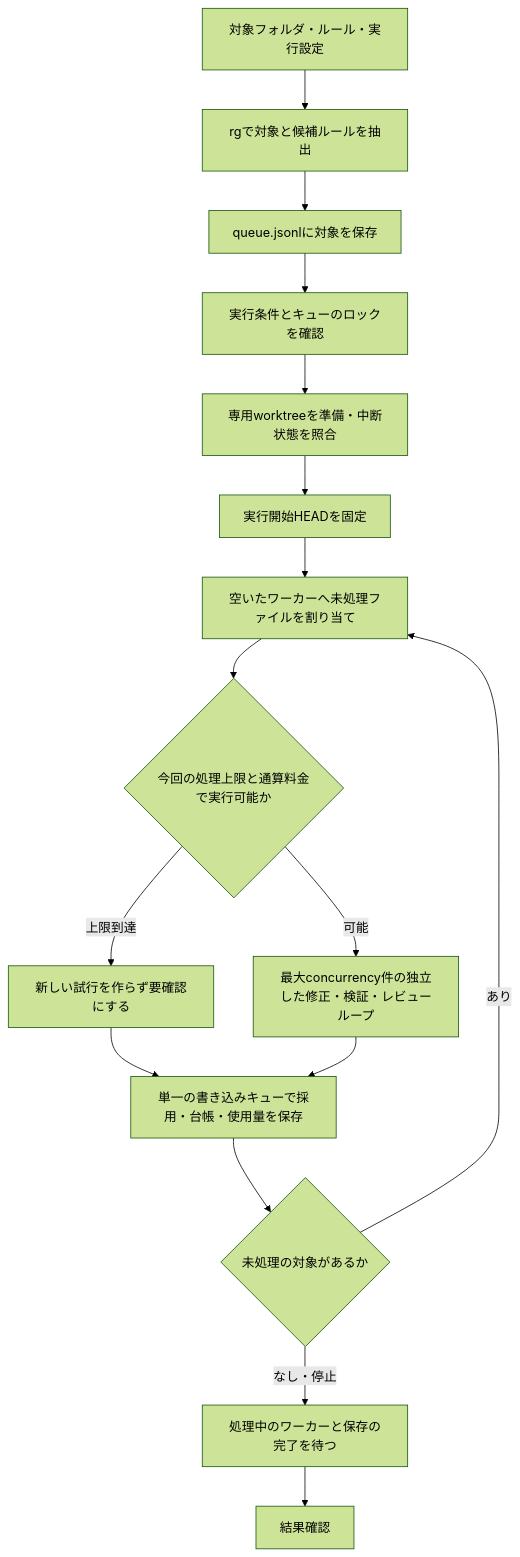
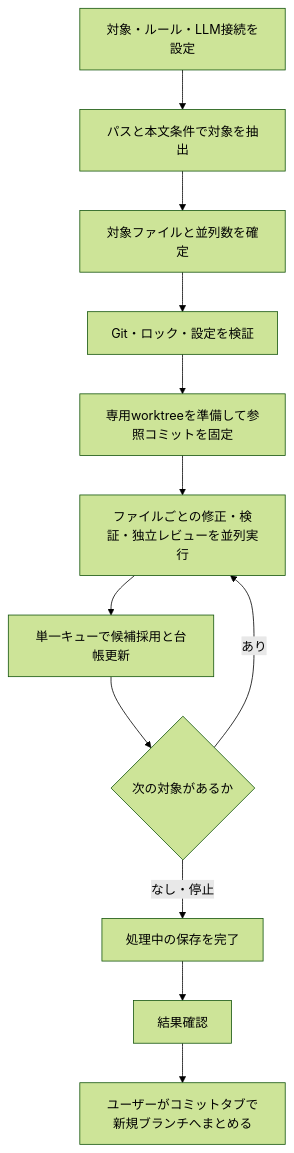
Before and after one commit to sunu-py-jp/OneByOne: the first of 2 diagrams in docs/ai-harness.md, drawn with Mermaid (forest theme). The commit also changed other lines of this file and 121 other files, not shown here.

````diff
--- a/docs/ai-harness.md
+++ b/docs/ai-harness.md
@@ -30,18 +29,14 @@
 ```mermaid
 flowchart TD
-    Config["対象フォルダ・ルール・実行設定"] --> Scan["rgで対象と候補ルールを抽出"]
-    Scan --> Queue["queue.jsonlに対象を保存"]
-    Queue --> Start["実行条件とキューのロックを確認"]
-    Start --> Worktree["専用worktreeを準備・中断状態を照合"]
-    Worktree --> Baseline["実行開始HEADを固定"]
-    Baseline --> Pick["空いたワーカーへ未処理ファイルを割り当て"]
-    Pick --> Budget{"今回の処理上限と通算料金で実行可能か"}
-    Budget -->|"可能"| Session["最大concurrency件の独立した修正・検証・レビューループ"]
-    Budget -->|"上限到達"| Hold["新しい試行を作らず要確認にする"]
-    Hold --> Writer
-    Session --> Writer["単一の書き込みキューで採用・台帳・使用量を保存"]
-    Writer --> More{"未処理の対象があるか"}
-    More -->|"あり"| Pick
-    More -->|"なし・停止"| Drain["処理中のワーカーと保存の完了を待つ"]
-    Drain --> Result["結果確認"]
+    Setup["対象・ルール・LLM接続を設定"] --> Scan["パスと本文条件で対象を抽出"]
+    Scan --> Select["対象ファイルと並列数を確定"]
+    Select --> Start["Git・ロック・設定を検証"]
+    Start --> Base["専用worktreeを準備して参照コミットを固定"]
+    Base --> Workers["ファイルごとの修正・検証・独立レビューを並列実行"]
+    Workers --> Writer["単一キューで候補採用と台帳更新"]
+    Writer --> More{"次の対象があるか"}
+    More -->|"あり"| Workers
+    More -->|"なし・停止"| Drain["処理中の保存を完了"]
+    Drain --> Results["結果確認"]
+    Results --> Publish["ユーザーがコミットタブで新規ブランチへまとめる"]
 ```
````
